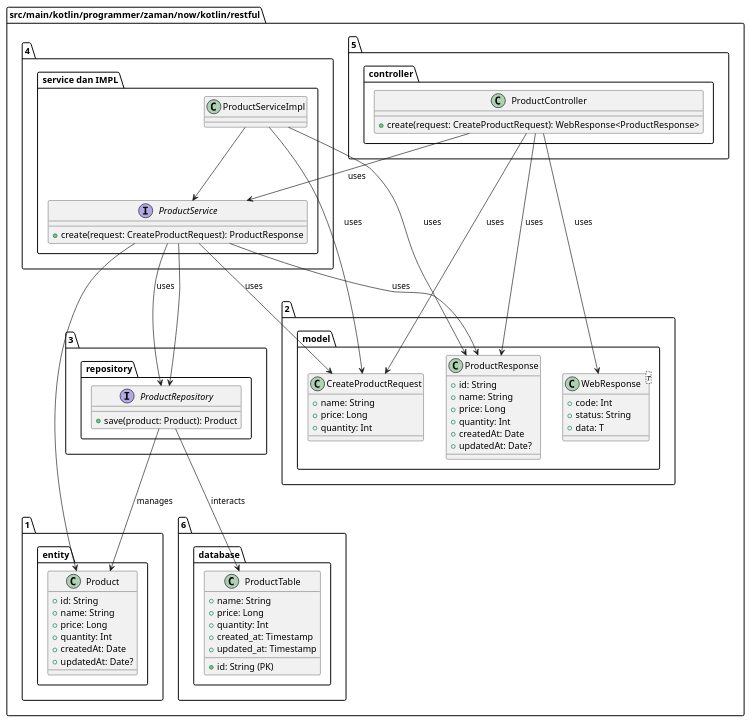
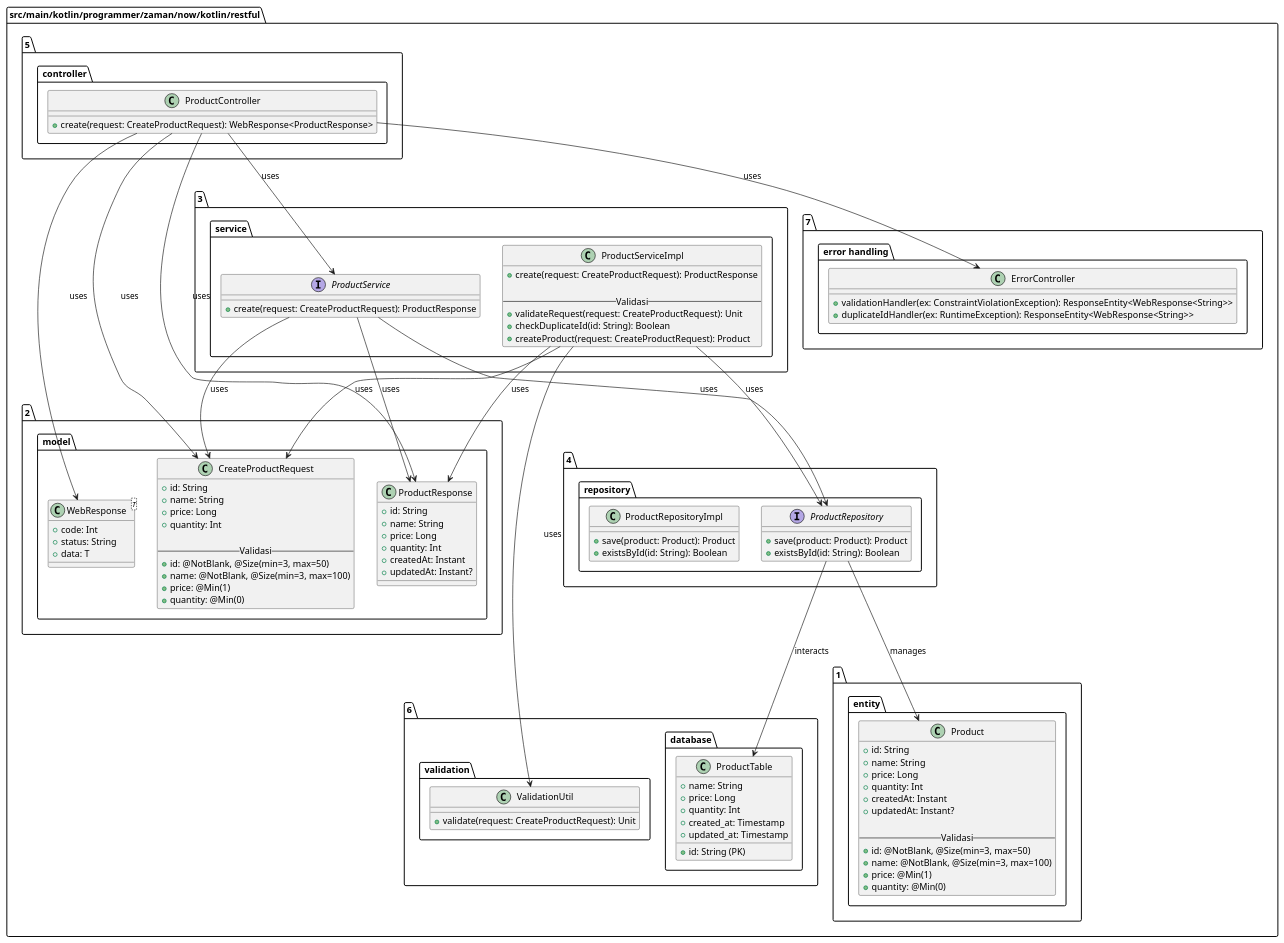
The diagram in kotlin-restful-API/disain aplikasi saya.puml (Audyari/RESTful-API-dengan-Spring-Boot-Kotlin), drawn with PlantUML before and after one commit. The commit also changed 10 other files, not shown here.

```diff
--- a/kotlin-restful-API/disain aplikasi saya.puml
+++ b/kotlin-restful-API/disain aplikasi saya.puml
@@ -1,87 +1,126 @@
 @startuml
 
 package "src/main/kotlin/programmer/zaman/now/kotlin/restful" {
     package "1. entity" {
         class Product {
             +id: String
             +name: String
             +price: Long
             +quantity: Int
-            +createdAt: Date
-            +updatedAt: Date?
+            +createdAt: Instant
+            +updatedAt: Instant?
+            
+            -- Validasi --
+            +id: @NotBlank, @Size(min=3, max=50)
+            +name: @NotBlank, @Size(min=3, max=100)
+            +price: @Min(1)
+            +quantity: @Min(0)
         }
     }
 
     package "2. model" {
         class CreateProductRequest {
+            +id: String
             +name: String
             +price: Long
             +quantity: Int
+            
+            -- Validasi --
+            +id: @NotBlank, @Size(min=3, max=50)
+            +name: @NotBlank, @Size(min=3, max=100)
+            +price: @Min(1)
+            +quantity: @Min(0)
         }
 
         class ProductResponse {
             +id: String
             +name: String
             +price: Long
             +quantity: Int
-            +createdAt: Date
-            +updatedAt: Date?
+            +createdAt: Instant
+            +updatedAt: Instant?
         }
 
         class WebResponse<T> {
             +code: Int
             +status: String
             +data: T
         }
     }
 
-    package "3. repository" {
-        interface ProductRepository {
-            +save(product: Product): Product 
+    package "3. service" {
+        interface ProductService {
+            +create(request: CreateProductRequest): ProductResponse
+        }
+
+        class ProductServiceImpl {
+            +create(request: CreateProductRequest): ProductResponse
+            
+            -- Validasi --
+            +validateRequest(request: CreateProductRequest): Unit
+            +checkDuplicateId(id: String): Boolean
+            +createProduct(request: CreateProductRequest): Product
         }
     }
 
-    package "4. service dan IMPL" {
-        interface ProductService {
-            +create(request: CreateProductRequest): ProductResponse
+    package "4. repository" {
+        interface ProductRepository {
+            +save(product: Product): Product 
+            +existsById(id: String): Boolean
         }
-        
-        class ProductServiceImpl
-        
-        ProductService --> ProductRepository
-        ProductService --> Product
-        ProductServiceImpl --> ProductService
+
+        class ProductRepositoryImpl {
+            +save(product: Product): Product 
+            +existsById(id: String): Boolean
+        }
     }
 
     package "5. controller" {
         class ProductController {
             +create(request: CreateProductRequest): WebResponse<ProductResponse>
+        }
+    }
+
+    package "6. validation" {
+        class ValidationUtil {
+            +validate(request: CreateProductRequest): Unit
+        }
+    }
+
+    package "7. error handling" {
+        class ErrorController {
+            +validationHandler(ex: ConstraintViolationException): ResponseEntity<WebResponse<String>>
+            +duplicateIdHandler(ex: RuntimeException): ResponseEntity<WebResponse<String>>
         }
     }
 
     package "6. database" {
         class ProductTable {
             +id: String (PK)
             +name: String
             +price: Long
             +quantity: Int
             +created_at: Timestamp
             +updated_at: Timestamp
         }
     }
 }
 
+' Hubungan antar komponen
 ProductController -down-> ProductService : uses
 ProductService -down-> ProductRepository : uses
 ProductRepository -down-> Product : manages
 ProductRepository -down-> ProductTable : interacts
 
 ProductController --> CreateProductRequest : uses
 ProductController --> WebResponse : uses
 ProductController --> ProductResponse : uses
 ProductService --> CreateProductRequest : uses
 ProductService --> ProductResponse : uses
 ProductServiceImpl --> CreateProductRequest : uses
 ProductServiceImpl --> ProductResponse : uses
+ProductServiceImpl --> ValidationUtil : uses
+ProductController --> ErrorController : uses
+ProductServiceImpl --> ProductRepository : uses
 
 @enduml
```
